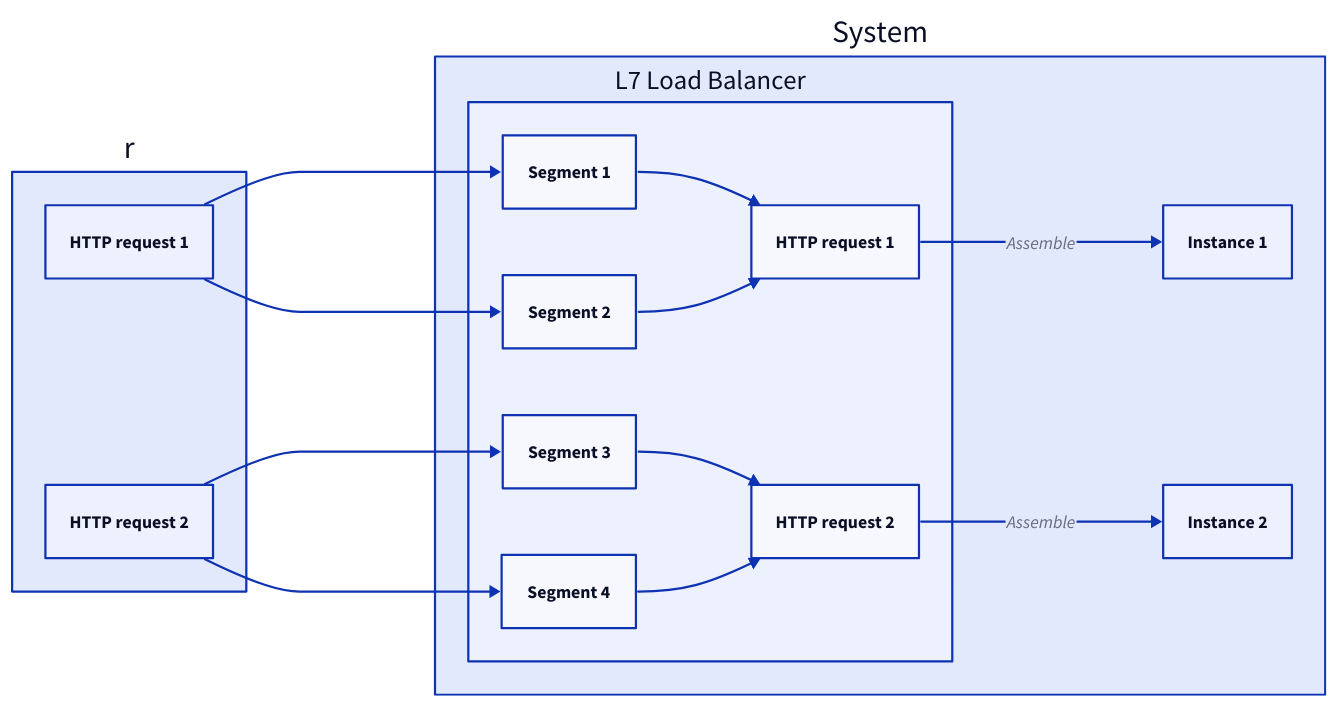
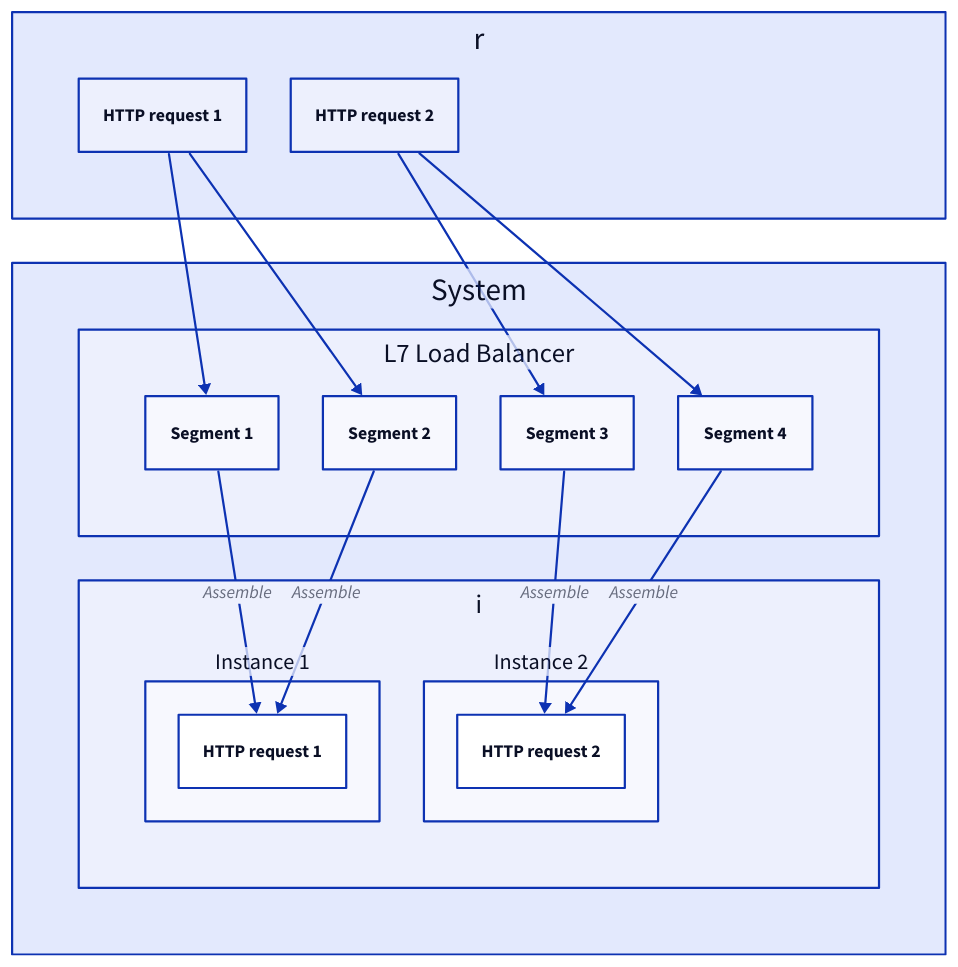
Before and after one commit to link1905/system-design-101: diagram 17 of 18 in content/web-service/load-balancer.md, drawn with D2. The commit also changed other lines of this file and 13 other files, not shown here.

````diff
--- a/content/web-service/load-balancer.md
+++ b/content/web-service/load-balancer.md
@@ -630,34 +606,39 @@
 ```d2
-direction: right
+grid-columns: 1
 r {
   class: none
+  grid-rows: 1
   h1: HTTP request 1
   h2: HTTP request 2
 }
 s: System {
-    lb: L7 Load Balancer {
-        s1: Segment 1
-        s2: Segment 2
-        s3: Segment 3
-        s4: Segment 4
-        h1: HTTP request 1
-        h2: HTTP request 2
-        s1 -> h1
-        s2 -> h1
-        s3 -> h2
-        s4 -> h2
-    }
+  grid-columns: 1
+  lb: L7 Load Balancer {
+    grid-rows: 1
+    s1: Segment 1
+    s2: Segment 2
+    s3: Segment 3
+    s4: Segment 4
+  }
+  i: {
+    grid-rows: 1
+    class: none
     s1: Instance 1 {
-       class: server
+      class: server
+      h1: HTTP request 1
     }
     s2: Instance 2 {
-       class: server
+      class: server
+      h2: HTTP request 2
     }
-    lb.h1 -> s1: Assemble
-    lb.h2 -> s2: Assemble
+  }
+  lb.s1 -> i.s1.h1: Assemble
+  lb.s2 -> i.s1.h1: Assemble
+  lb.s3 -> i.s2.h2: Assemble
+  lb.s4 -> i.s2.h2: Assemble
 }
 r.h1 -> s.lb.s1
 r.h1 -> s.lb.s2
 r.h2 -> s.lb.s3
 r.h2 -> s.lb.s4
 ```
````
